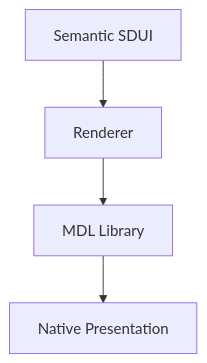
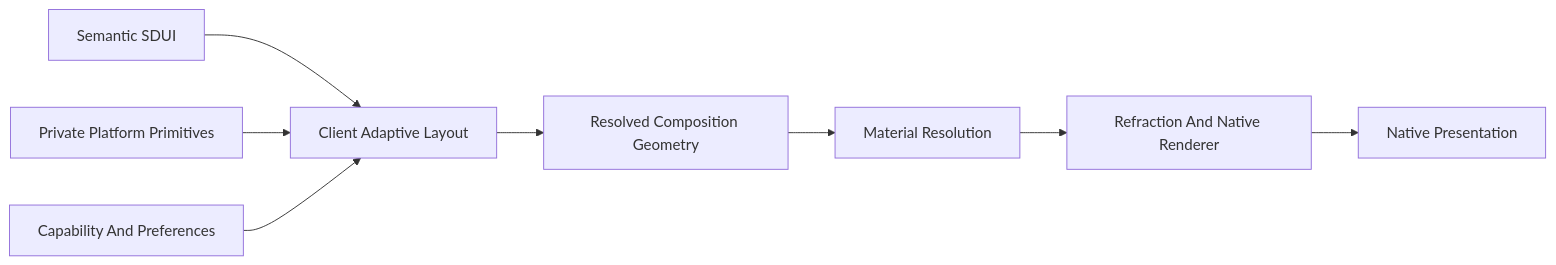
The sixth of 18 diagrams in docs/design/system/mds-008-component-library/06-rendering-architecture.md (mosaic-media/mosaic-architecture), drawn with Mermaid before and after one commit. The commit also changed other lines of this file and 1 other file, not shown here.

Commit message:
docs(mds-008): document client presentation pipeline

````diff
--- a/docs/design/system/mds-008-component-library/06-rendering-architecture.md
+++ b/docs/design/system/mds-008-component-library/06-rendering-architecture.md
@@ -294,12 +296,11 @@
 ```mermaid
-flowchart TD
+flowchart LR
 
-N1["Semantic SDUI"]
-N2["Renderer"]
-N3["MDL Library"]
-N4["Native Presentation"]
-
-N1 --> N2
-N2 --> N3
-N3 --> N4
+S["Semantic SDUI"] --> A["Client Adaptive Layout"]
+P["Private Platform Primitives"] --> A
+C["Capability And Preferences"] --> A
+A --> G["Resolved Composition Geometry"]
+G --> M["Material Resolution"]
+M --> R["Refraction And Native Renderer"]
+R --> N["Native Presentation"]
 ```
````
